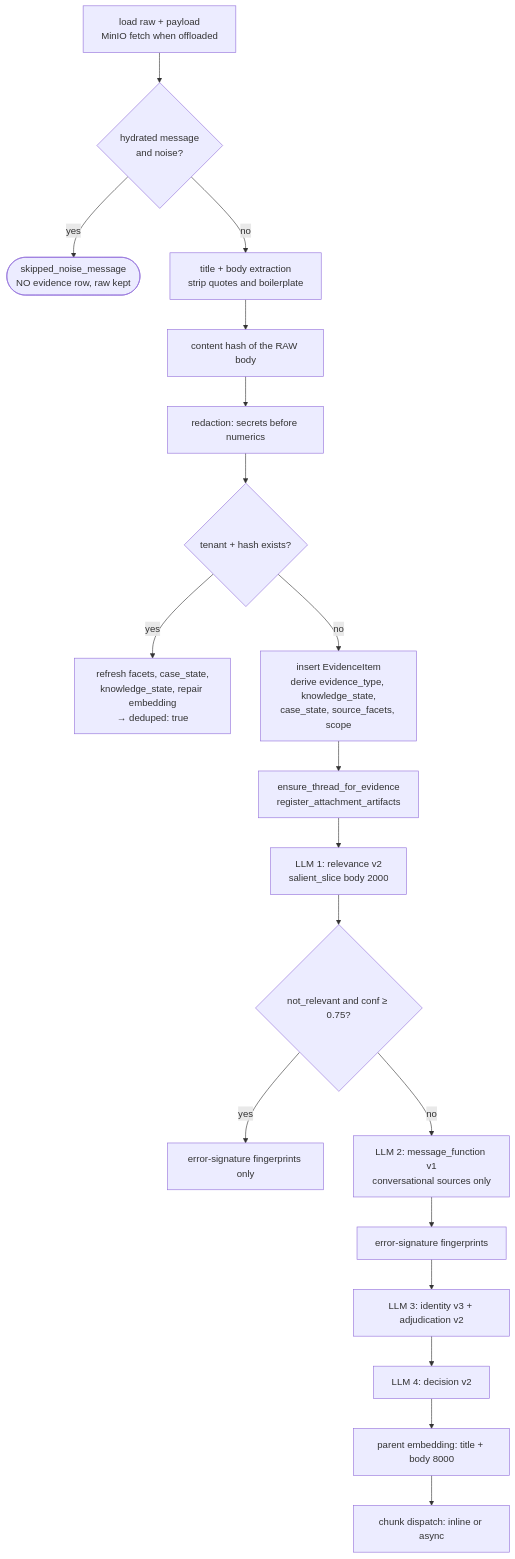
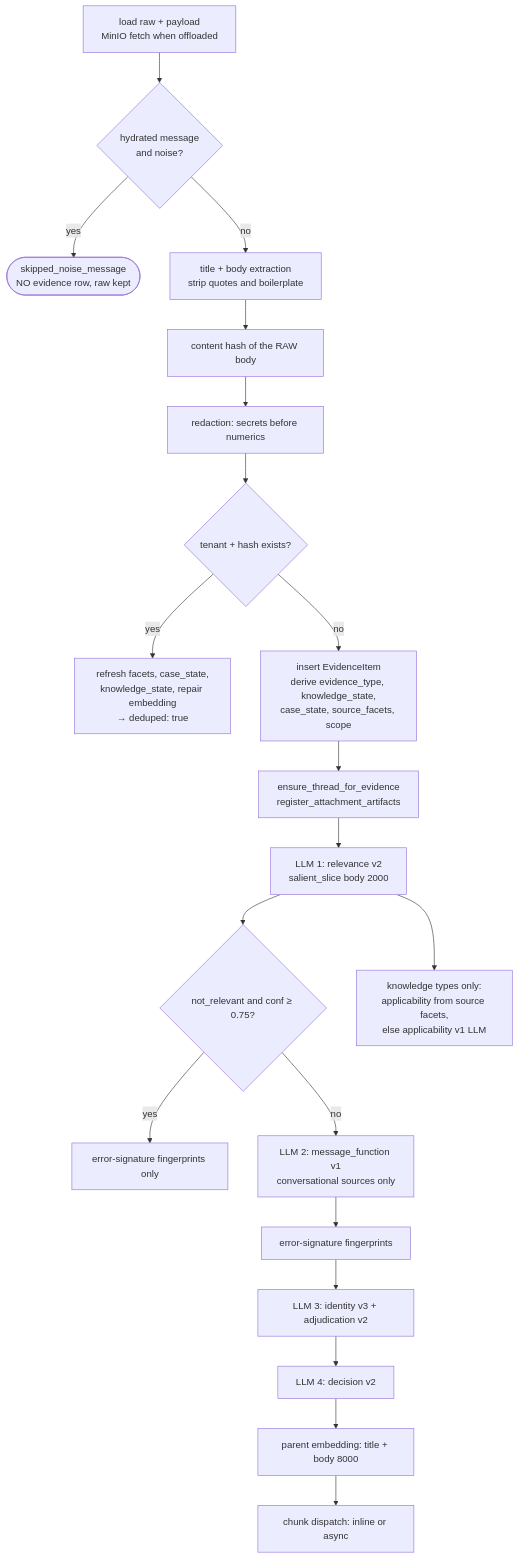
Before and after one commit to Valuedx/ContextEdge: the fifth of 32 diagrams in docs/15_Project_Flow_Diagrams.md, drawn with Mermaid. The commit also changed other lines of this file and 39 other files, not shown here.

````diff
--- a/docs/15_Project_Flow_Diagrams.md
+++ b/docs/15_Project_Flow_Diagrams.md
@@ -134,21 +134,22 @@
 ```mermaid
 flowchart TD
     L[load raw + payload<br/>MinIO fetch when offloaded] --> Gate{hydrated message<br/>and noise?}
     Gate -- yes --> Skip([skipped_noise_message<br/>NO evidence row, raw kept])
     Gate -- no --> TB[title + body extraction<br/>strip quotes and boilerplate]
     TB --> Hash[content hash of the RAW body]
     Hash --> Red[redaction: secrets before numerics]
     Red --> Dedup{tenant + hash exists?}
     Dedup -- yes --> Refresh[refresh facets, case_state,<br/>knowledge_state, repair embedding<br/>→ deduped: true]
     Dedup -- no --> Ins[insert EvidenceItem<br/>derive evidence_type, knowledge_state,<br/>case_state, source_facets, scope]
     Ins --> Thread[ensure_thread_for_evidence<br/>register_attachment_artifacts]
     Thread --> Rel[LLM 1: relevance v2<br/>salient_slice body 2000]
     Rel --> Skip2{not_relevant and conf ≥ 0.75?}
     Skip2 -- yes --> Fp[error-signature fingerprints only]
     Skip2 -- no --> Mf[LLM 2: message_function v1<br/>conversational sources only]
     Mf --> Fp2[error-signature fingerprints]
     Fp2 --> Id[LLM 3: identity v3 + adjudication v2]
     Id --> Dec[LLM 4: decision v2]
     Dec --> Emb[parent embedding: title + body 8000]
     Emb --> Chunk[chunk dispatch: inline or async]
+    Rel --> App[knowledge types only:<br/>applicability from source facets,<br/>else applicability v1 LLM]
 ```
````
